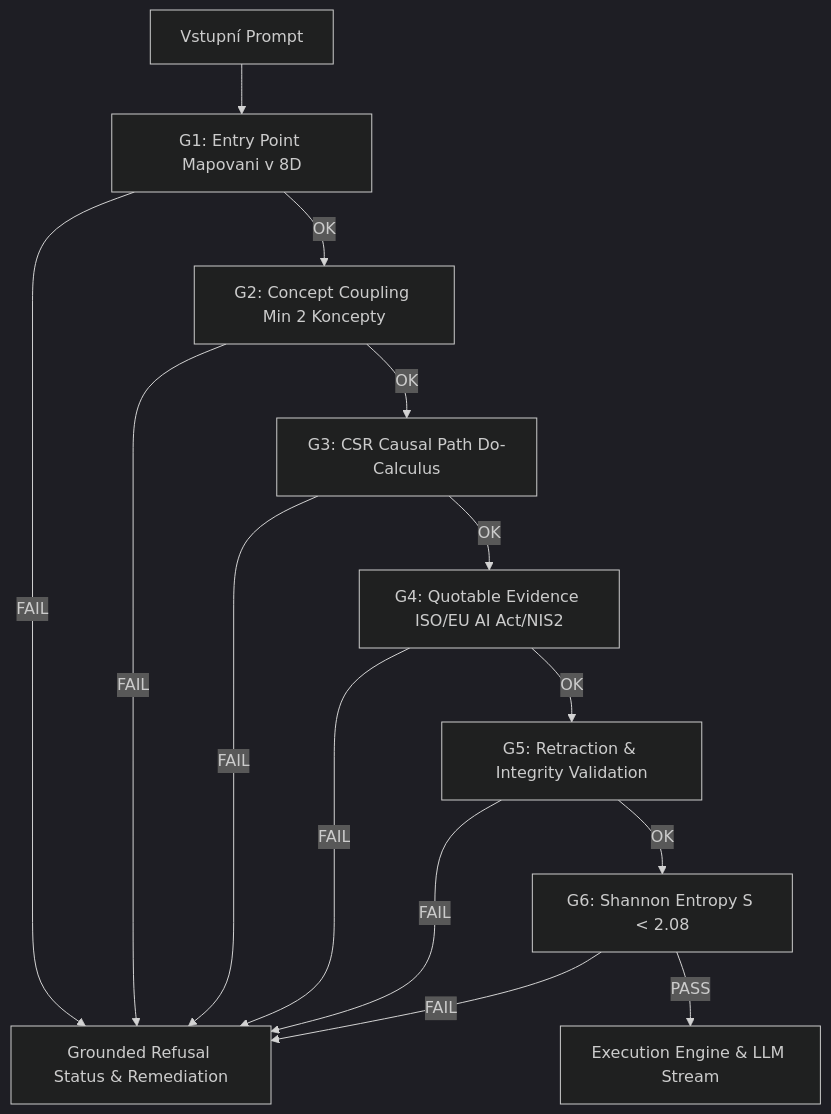
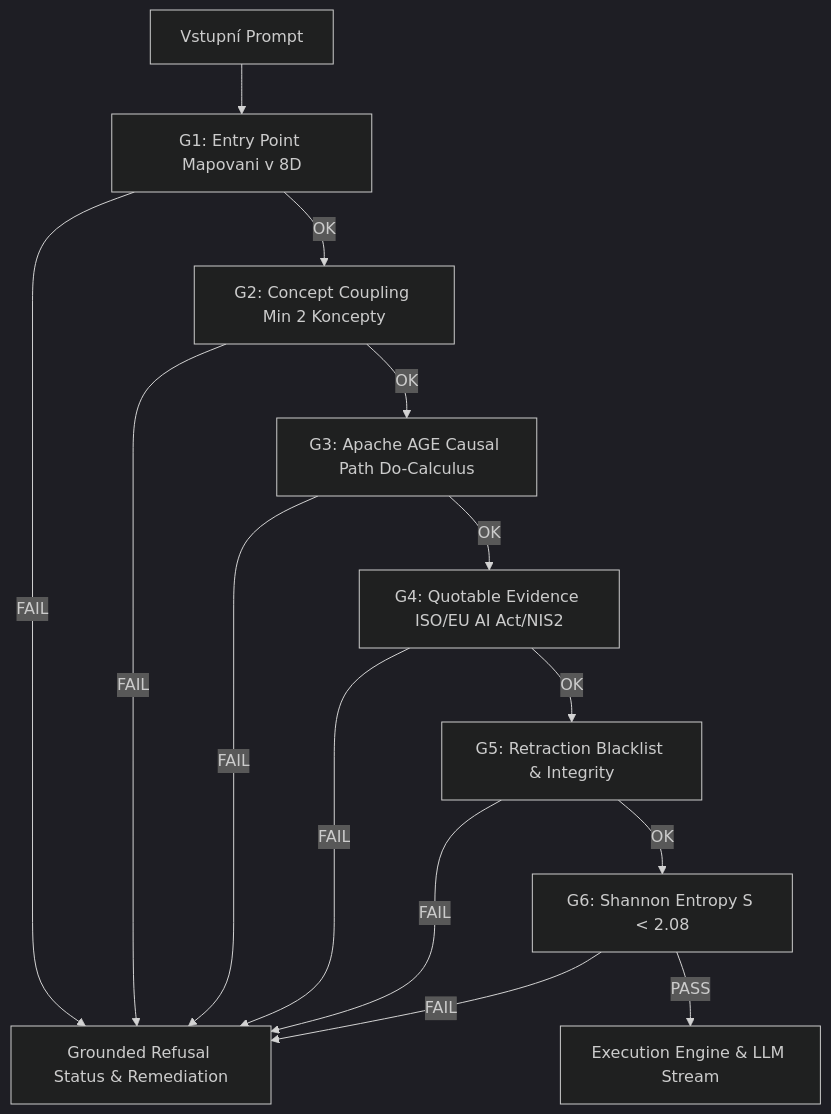
The second of 2 diagrams in DOCUMENTATION.md (suseto-ui/OMNIS_00), drawn with Mermaid (dark theme) before and after one commit. The commit also changed other lines of this file and 31 other files, not shown here.

First line of the commit message:
refactor: transition to PostgreSQL 17 and Apache AGE

````diff
--- a/DOCUMENTATION.md
+++ b/DOCUMENTATION.md
@@ -74,18 +52,18 @@
 ```mermaid
 flowchart TD
     INPUT[Vstupní Prompt] --> G1[G1: Entry Point Mapovani v 8D]
     G1 -->|OK| G2[G2: Concept Coupling Min 2 Koncepty]
-    G2 -->|OK| G3[G3: CSR Causal Path Do-Calculus]
+    G2 -->|OK| G3[G3: Apache AGE Causal Path Do-Calculus]
     G3 -->|OK| G4[G4: Quotable Evidence ISO/EU AI Act/NIS2]
-    G4 -->|OK| G5[G5: Retraction & Integrity Validation]
+    G4 -->|OK| G5[G5: Retraction Blacklist & Integrity]
     G5 -->|OK| G6[G6: Shannon Entropy S < 2.08]
-    
+
     G1 -->|FAIL| REF[Grounded Refusal Status & Remediation]
     G2 -->|FAIL| REF
     G3 -->|FAIL| REF
     G4 -->|FAIL| REF
     G5 -->|FAIL| REF
     G6 -->|FAIL| REF
-    
+
     G6 -->|PASS| EXEC[Execution Engine & LLM Stream]
 ```
````
